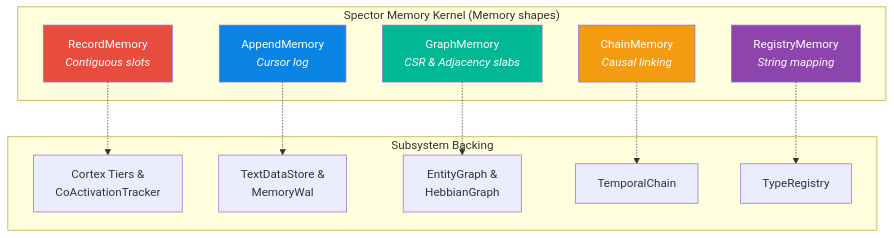
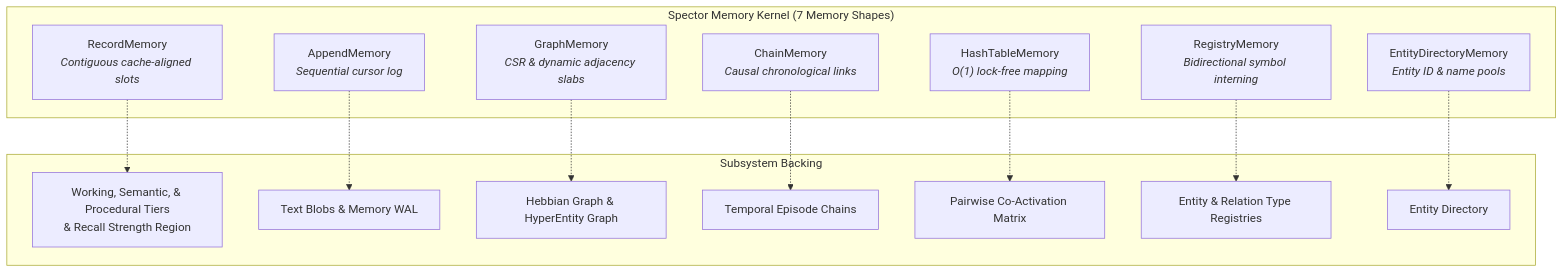
One commit to spectrayan/spector changed the second of 5 diagrams in docs/docs/memory/panama-design.md. Above: the diagram before and after it, drawn with Mermaid. The commit also changed other lines of this file and 15 other files, not shown here.

First line of the commit message:
docs(kernel): overhaul memory kernel documentation and mkdocs navigation (#820)

````diff
--- a/docs/docs/memory/panama-design.md
+++ b/docs/docs/memory/panama-design.md
@@ -61,30 +61,30 @@
 ```mermaid
 flowchart TD
-    subgraph "Spector Memory Kernel (Memory shapes)"
-        RM["RecordMemory<br/><i>Contiguous slots</i>"]
-        AM["AppendMemory<br/><i>Cursor log</i>"]
-        GM["GraphMemory<br/><i>CSR & Adjacency slabs</i>"]
-        CM["ChainMemory<br/><i>Causal linking</i>"]
-        YM["RegistryMemory<br/><i>String mapping</i>"]
+    subgraph "Spector Memory Kernel (7 Memory Shapes)"
+        RM["RecordMemory<br/><i>Contiguous cache-aligned slots</i>"]
+        AM["AppendMemory<br/><i>Sequential cursor log</i>"]
+        GM["GraphMemory<br/><i>CSR & dynamic adjacency slabs</i>"]
+        CM["ChainMemory<br/><i>Causal chronological links</i>"]
+        HM["HashTableMemory<br/><i>O(1) lock-free mapping</i>"]
+        YM["RegistryMemory<br/><i>Bidirectional symbol interning</i>"]
+        EM["EntityDirectoryMemory<br/><i>Entity ID & name pools</i>"]
     end
 
     subgraph "Subsystem Backing"
-        RM_C["Cortex Tiers &<br/>CoActivationTracker"]
-        AM_C["TextDataStore &<br/>MemoryWal"]
-        GM_C["EntityGraph &<br/>HebbianGraph"]
-        CM_C["TemporalChain"]
-        YM_C["TypeRegistry"]
+        RM_C["Working, Semantic, & Procedural Tiers<br/>& Recall Strength Region"]
+        AM_C["Text Blobs & Memory WAL"]
+        GM_C["Hebbian Graph & HyperEntity Graph"]
+        CM_C["Temporal Episode Chains"]
+        HM_C["Pairwise Co-Activation Matrix"]
+        YM_C["Entity & Relation Type Registries"]
+        EM_C["Entity Directory"]
     end
 
     RM -.-> RM_C
     AM -.-> AM_C
     GM -.-> GM_C
     CM -.-> CM_C
+    HM -.-> HM_C
     YM -.-> YM_C
-
-    style RM fill:#e74c3c,color:white
-    style AM fill:#0984e3,color:white
-    style GM fill:#00b894,color:white
-    style CM fill:#f39c12,color:white
-    style YM fill:#8e44ad,color:white
+    EM -.-> EM_C
 ```
````
